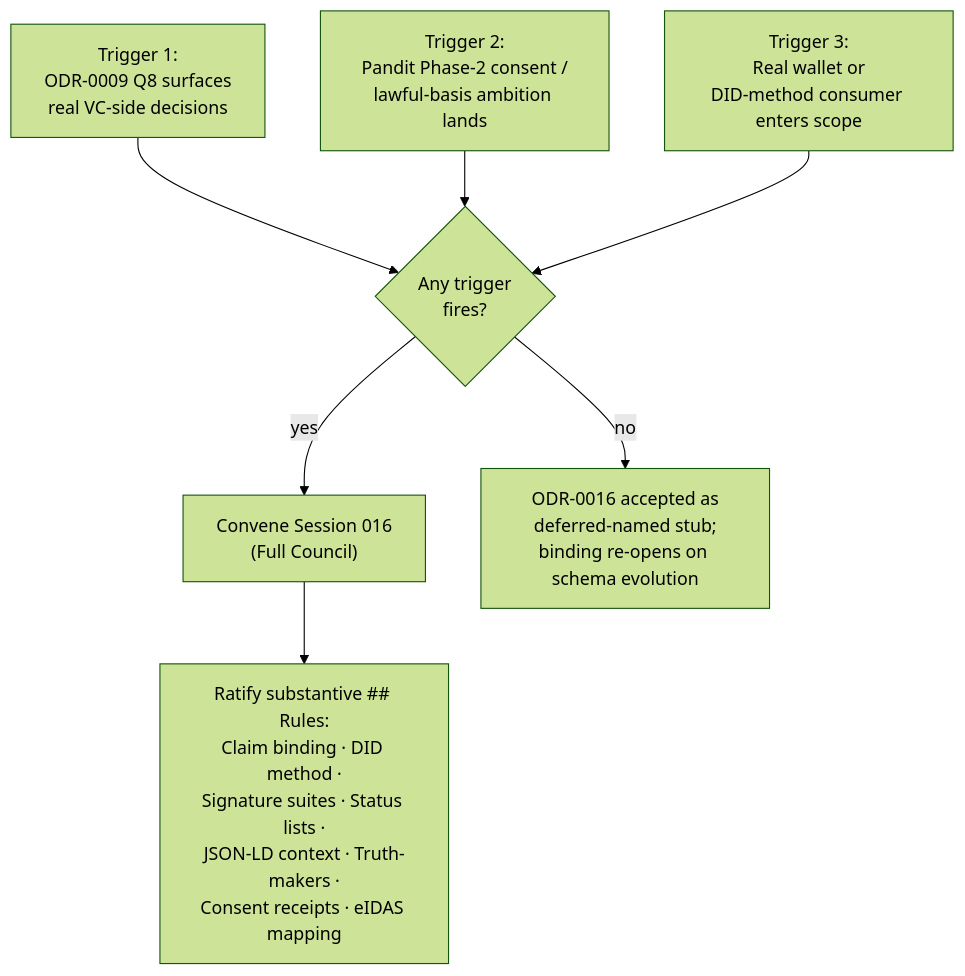
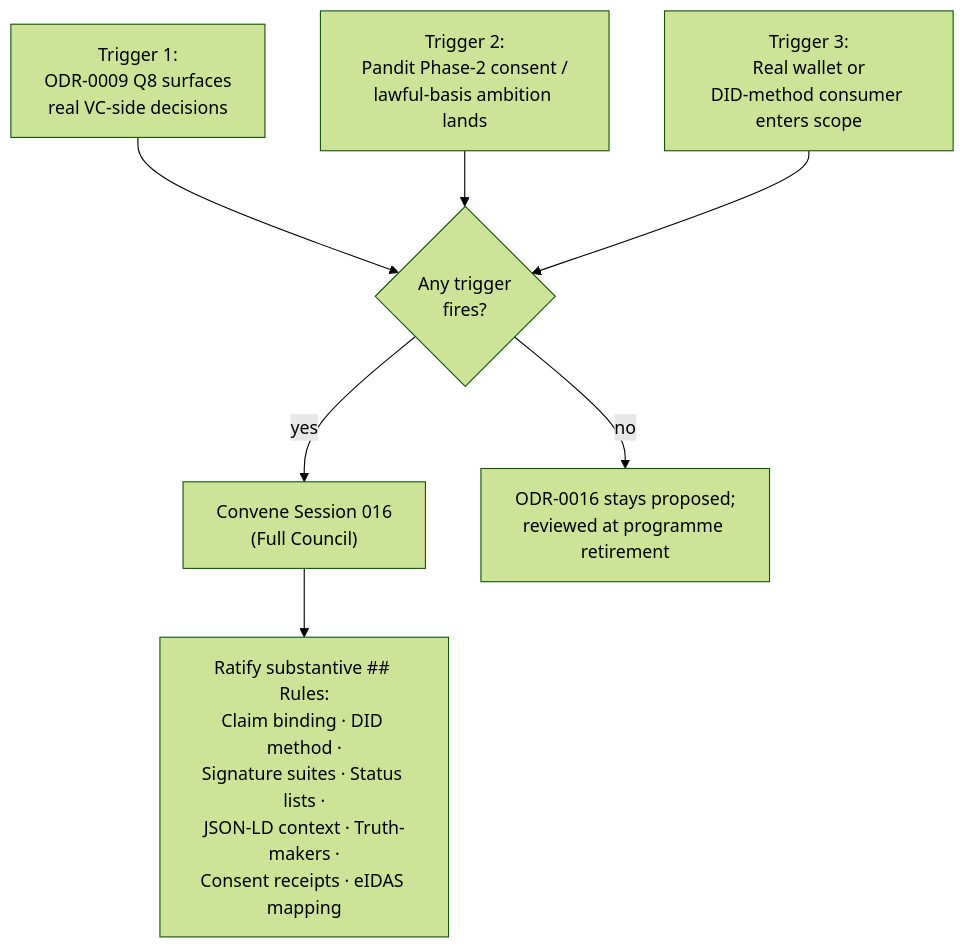
Before and after one commit to sparkling/opda: the fourth of 4 diagrams in docs/ontology/odr/ODR-0016-w3c-vc-did-compatibility.md, drawn with Mermaid (forest theme). The commit also changed other lines of this file and 7 other files, not shown here.

````diff
--- a/docs/ontology/odr/ODR-0016-w3c-vc-did-compatibility.md
+++ b/docs/ontology/odr/ODR-0016-w3c-vc-did-compatibility.md
@@ -158,20 +157,20 @@
 ```mermaid
 flowchart TD
     accTitle: ODR-0016 activation trigger decision flowchart
     accDescr: Shows three named activation triggers — ODR-0009 Q8, Pandit Phase-2 consent receipts, and a real wallet or DID consumer — each leading to Session 016.
 
     T1["Trigger 1:<br/>ODR-0009 Q8 surfaces<br/>real VC-side decisions"]:::process
     T2["Trigger 2:<br/>Pandit Phase-2 consent /<br/>lawful-basis ambition lands"]:::process
     T3["Trigger 3:<br/>Real wallet or<br/>DID-method consumer enters scope"]:::process
 
     D{"Any trigger<br/>fires?"}:::warning
 
     T1 --> D
     T2 --> D
     T3 --> D
 
     D -->|"yes"| S016["Convene Session 016<br/>(Full Council)"]:::success
-    D -->|"no"| DEFER["ODR-0016 accepted as<br/>deferred-named stub;<br/>binding re-opens on schema evolution"]:::user
+    D -->|"no"| DEFER["ODR-0016 stays proposed;<br/>reviewed at programme retirement"]:::user
 
     S016 --> RULES["Ratify substantive ## Rules:<br/>Claim binding · DID method ·<br/>Signature suites · Status lists ·<br/>JSON-LD context · Truth-makers ·<br/>Consent receipts · eIDAS mapping"]:::success
 ```
````
